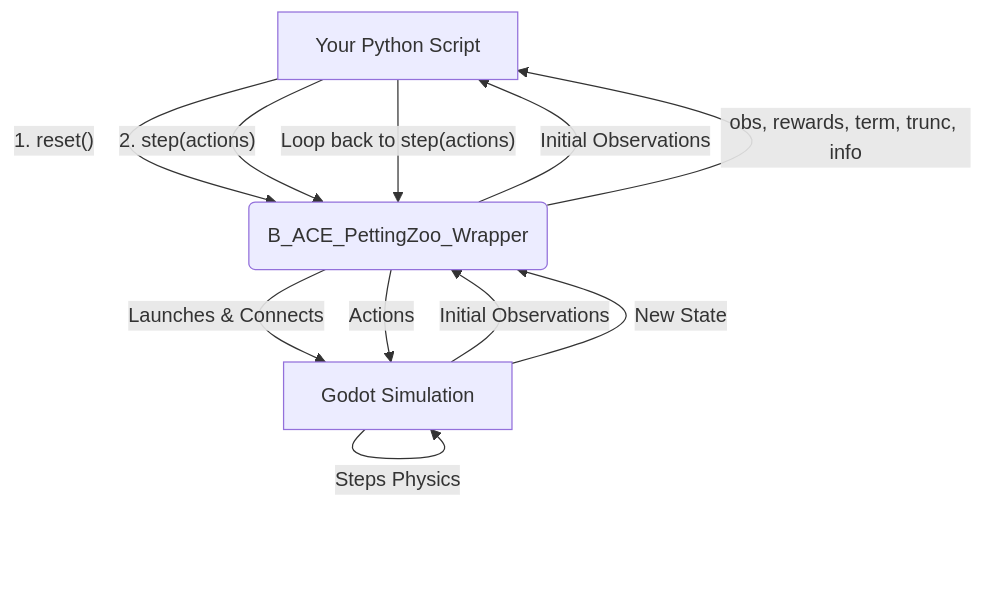
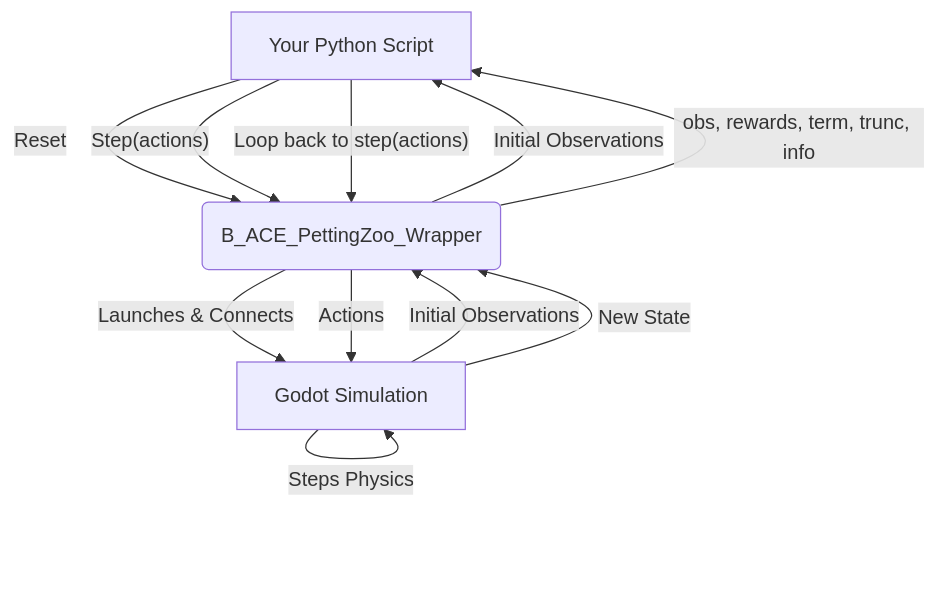
The diagram in Readme.md (andrekuros/B-ACE), drawn with Mermaid before and after one commit. The commit also changed other lines of this file and 4 other files, not shown here.

````diff
--- a/Readme.md
+++ b/Readme.md
@@ -60,13 +60,13 @@
 ```mermaid
 graph TD
-    A[Your Python Script] -- 1. reset() --> B(B_ACE_PettingZoo_Wrapper);
+    A[Your Python Script] -- Reset --> B(B_ACE_PettingZoo_Wrapper);
     B -- Launches & Connects --> C[Godot Simulation];
     C -- Initial Observations --> B;
     B -- Initial Observations --> A;
-    A -- 2. step(actions) --> B;
+    A -- Step(actions) --> B;
     B -- Actions --> C;
     C -- Steps Physics --> C;
     C -- New State --> B;
     B -- obs, rewards, term, trunc, info --> A;
     A -- Loop back to step(actions) --> B;
 ```
````
